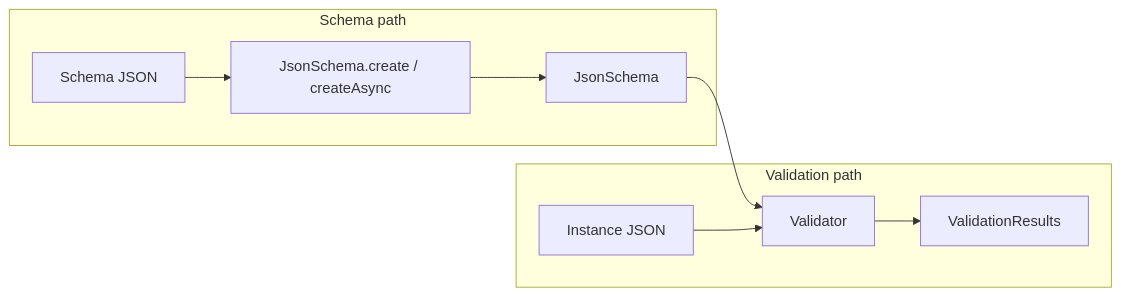
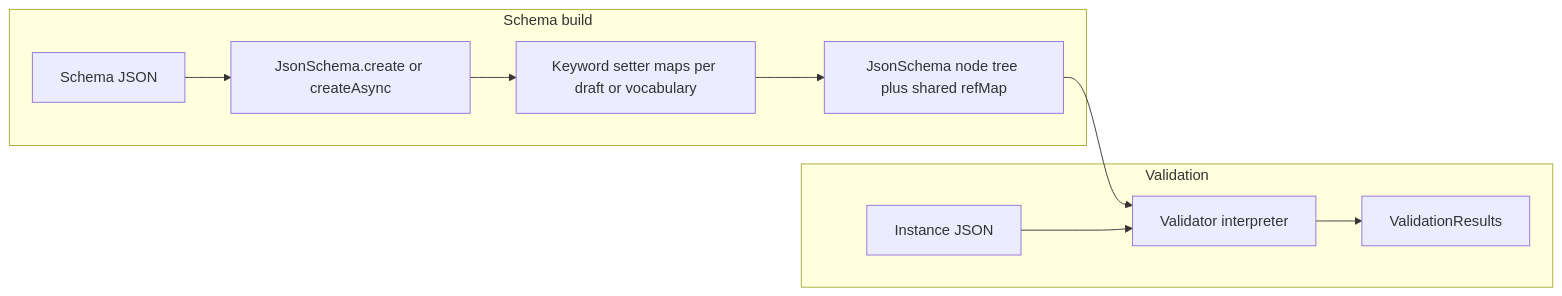
Before and after one commit to goddtriffin/json-schema-rs: the first of 2 diagrams in research/reports/dart/Workiva-json_schema.md, drawn with Mermaid. The commit also changed other lines of this file and 51 other files, not shown here.

````diff
--- a/research/reports/dart/Workiva-json_schema.md
+++ b/research/reports/dart/Workiva-json_schema.md
@@ -82,18 +103,20 @@
 ```mermaid
 flowchart LR
-  subgraph schemaPath [Schema path]
+  subgraph build [Schema build]
     SchemaJSON[Schema JSON]
-    CreateAPI[JsonSchema.create / createAsync]
-    JsonSchema[JsonSchema]
+    CreateAPI[JsonSchema.create or createAsync]
+    SetterMaps[Keyword setter maps per draft or vocabulary]
+    SchemaTree[JsonSchema node tree plus shared refMap]
     SchemaJSON --> CreateAPI
-    CreateAPI --> JsonSchema
+    CreateAPI --> SetterMaps
+    SetterMaps --> SchemaTree
   end
-  subgraph validationPath [Validation path]
+  subgraph run [Validation]
     InstanceJSON[Instance JSON]
-    Validator[Validator]
-    ValidationResults[ValidationResults]
-    JsonSchema --> Validator
+    Validator[Validator interpreter]
+    Results[ValidationResults]
+    SchemaTree --> Validator
     InstanceJSON --> Validator
-    Validator --> ValidationResults
+    Validator --> Results
   end
 ```
````
